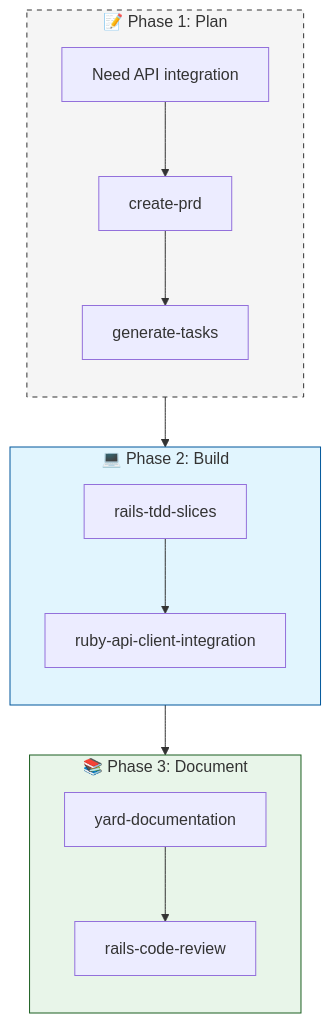
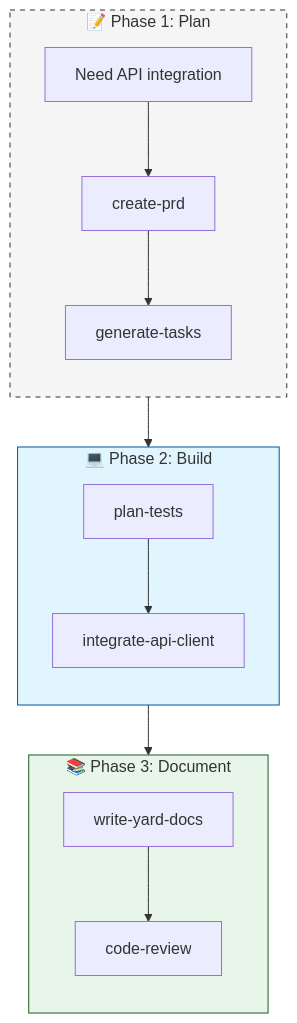
One commit to igmarin/my-RoR-personal-skills changed the third of 3 diagrams in docs/workflows/development.md. Above: the diagram before and after it, drawn with Mermaid. The commit also changed other lines of this file and 295 other files, not shown here.

First line of the commit message:
Refactor names flows (#57)

````diff
--- a/docs/workflows/development.md
+++ b/docs/workflows/development.md
@@ -197,25 +197,25 @@
 ```mermaid
 graph TB
     subgraph Plan [📝 Phase 1: Plan]
         direction TB
         A[Need API integration] --> B[create-prd]
         B --> C[generate-tasks]
     end
 
     subgraph Build [💻 Phase 2: Build]
         direction TB
-        C --> D[rails-tdd-slices]
-        D --> E[ruby-api-client-integration]
+        C --> D[plan-tests]
+        D --> E[integrate-api-client]
     end
 
     subgraph Document [📚 Phase 3: Document]
         direction TB
-        E --> F[yard-documentation]
-        F --> G[rails-code-review]
+        E --> F[write-yard-docs]
+        F --> G[code-review]
     end
 
     %% Styling
     style Plan fill:#f5f5f5,stroke:#333,stroke-dasharray: 5 5
     style Build fill:#e1f5fe,stroke:#01579b
     style Document fill:#e8f5e9,stroke:#1b5e20
 ```
````
